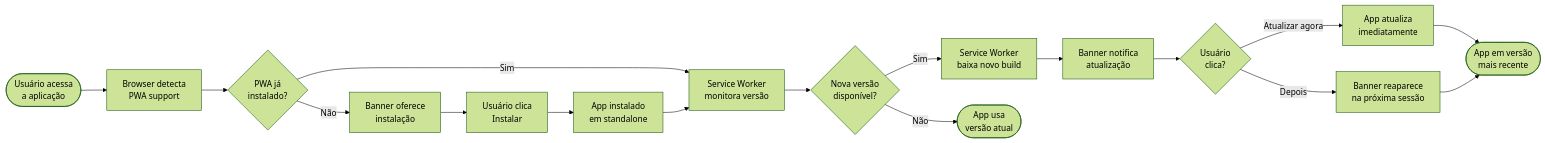
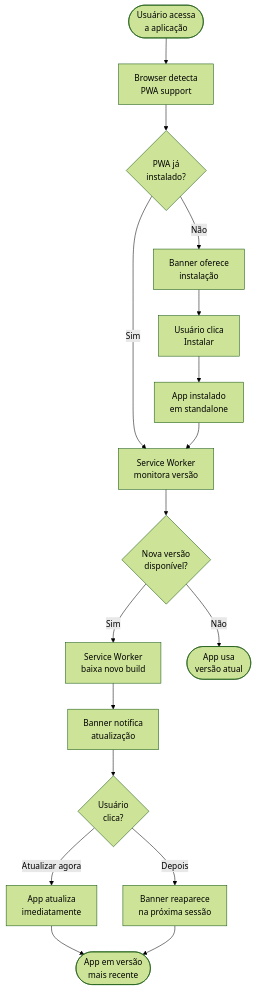
Before and after one commit to dfialho84/kmbr: the first of 4 diagrams in docs/features/bootstrap/prd.md, drawn with Mermaid (forest theme). The commit also changed other lines of this file and 1 other file, not shown here.

````diff
--- a/docs/features/bootstrap/prd.md
+++ b/docs/features/bootstrap/prd.md
@@ -56,19 +56,19 @@
 ```mermaid
-flowchart LR
+flowchart TD
     A([Usuário acessa<br/>a aplicação]) --> B[Browser detecta<br/>PWA support]
     B --> C{PWA já<br/>instalado?}
     C -->|Não| D[Banner oferece<br/>instalação]
     D --> E[Usuário clica<br/>Instalar]
     E --> F[App instalado<br/>em standalone]
     C -->|Sim| G[Service Worker<br/>monitora versão]
     F --> G
     G --> H{Nova versão<br/>disponível?}
     H -->|Sim| I[Service Worker<br/>baixa novo build]
     I --> J[Banner notifica<br/>atualização]
     J --> K{Usuário<br/>clica?}
     K -->|Atualizar agora| L[App atualiza<br/>imediatamente]
     K -->|Depois| M[Banner reaparece<br/>na próxima sessão]
     L --> N([App em versão<br/>mais recente])
     M --> N
     H -->|Não| O([App usa<br/>versão atual])
 ```
````
